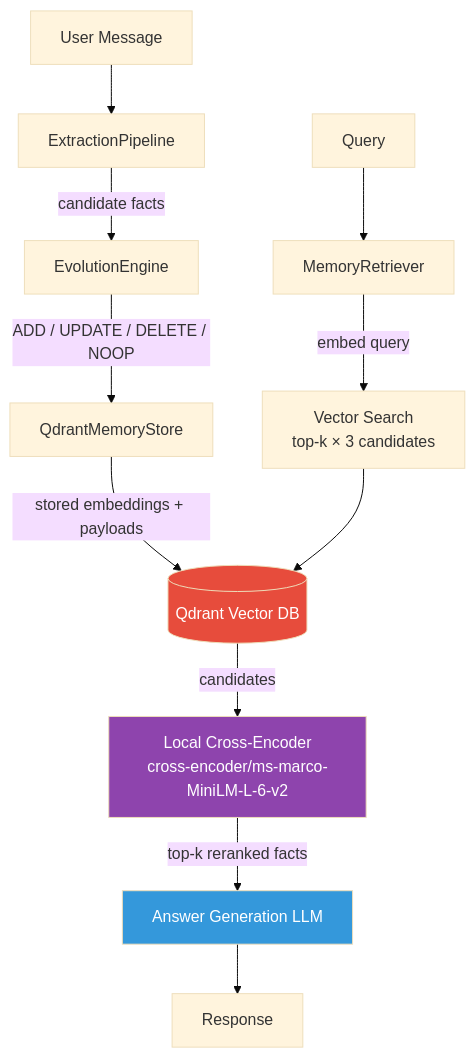
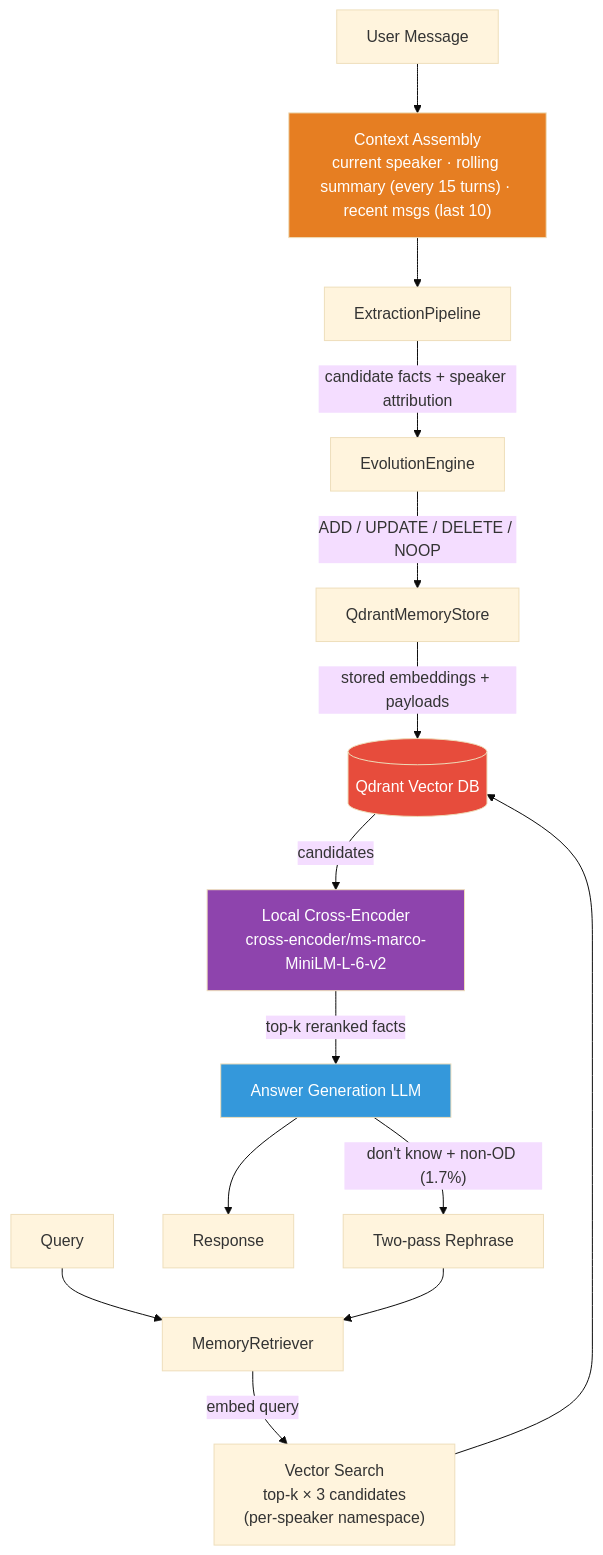
The first of 2 diagrams in README.md (CodeNinjaSarthak/eidetic-memory), drawn with Mermaid (base theme) before and after one commit. The commit also changed other lines of this file and 2 other files, not shown here.

First line of the commit message:
docs: fix markdown formatting in ARCHITECTURE.md, README.md, and result.md

````diff
--- a/README.md
+++ b/README.md
@@ -31,18 +31,22 @@
 ```mermaid
 flowchart TD
-    A[User Message] --> B[ExtractionPipeline]
-    B -->|candidate facts| C[EvolutionEngine]
+    A[User Message] --> CTX["Context Assembly\ncurrent speaker · rolling summary (every 15 turns) · recent msgs (last 10)"]
+    CTX --> B[ExtractionPipeline]
+    B -->|candidate facts + speaker attribution| C[EvolutionEngine]
     C -->|ADD / UPDATE / DELETE / NOOP| D[QdrantMemoryStore]
     D -->|stored embeddings + payloads| E[(Qdrant Vector DB)]
 
     F[Query] --> G[MemoryRetriever]
-    G -->|embed query| H[Vector Search\ntop-k × 3 candidates]
+    G -->|embed query| H["Vector Search\ntop-k × 3 candidates\n(per-speaker namespace)"]
     H --> E
     E -->|candidates| I[Local Cross-Encoder\ncross-encoder/ms-marco-MiniLM-L-6-v2]
     I -->|top-k reranked facts| J[Answer Generation LLM]
     J --> K[Response]
+    J -->|"don't know + non-OD (1.7%)"| L[Two-pass Rephrase]
+    L --> G
 
     style I fill:#8e44ad,color:#fff
     style E fill:#e74c3c,color:#fff
     style J fill:#3498db,color:#fff
+    style CTX fill:#e67e22,color:#fff
 ```
````
